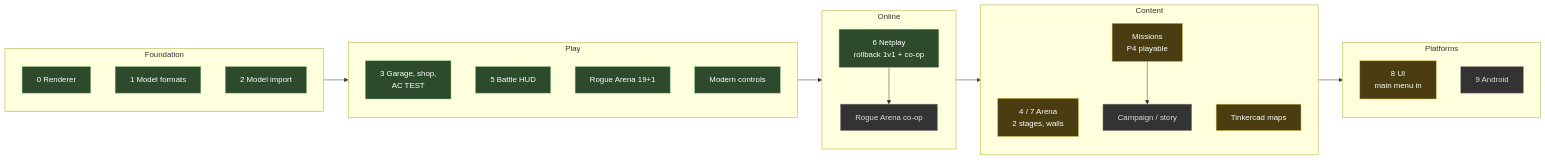
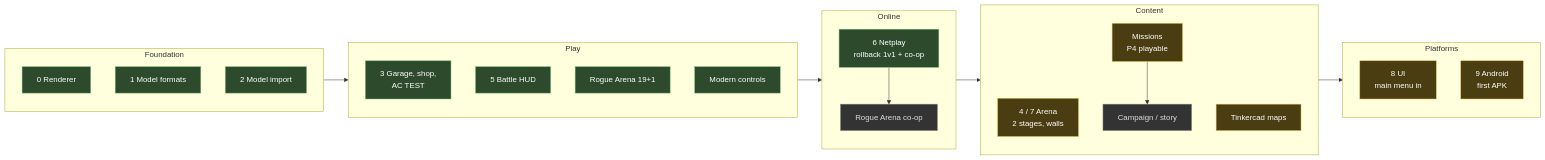
The diagram in docs/ROADMAP.md (Hatdagger/Armored-CoreR), drawn with Mermaid before and after one commit. The commit also changed other lines of this file and 15 other files, not shown here.

First line of the commit message:
Android build: GLES renderer, disc picker, APK from GitHub Actions

````diff
--- a/docs/ROADMAP.md
+++ b/docs/ROADMAP.md
@@ -12,36 +12,36 @@
 ```mermaid
 flowchart LR
     subgraph Foundation
         R0["0 Renderer"]:::done
         R1["1 Model formats"]:::done
         R2["2 Model import"]:::done
     end
     subgraph Play
         R3["3 Garage, shop,<br/>AC TEST"]:::done
         R5["5 Battle HUD"]:::done
         RA["Rogue Arena 19+1"]:::done
         MC["Modern controls"]:::done
     end
     subgraph Online
         R6["6 Netplay<br/>rollback 1v1 + co-op"]:::done
         CO["Rogue Arena co-op"]:::todo
     end
     subgraph Content
         R4["4 / 7 Arena<br/>2 stages, walls"]:::doing
         MS["Missions<br/>P4 playable"]:::doing
         TM["Tinkercad maps"]:::doing
         ST["Campaign / story"]:::todo
     end
     subgraph Platforms
         R8["8 UI<br/>main menu in"]:::doing
-        R9["9 Android"]:::todo
+        R9["9 Android<br/>first APK"]:::doing
     end
 
     Foundation --> Play --> Online --> Content --> Platforms
     R6 --> CO
     MS --> ST
 
     classDef done fill:#2d4a2d,stroke:#7fbf7f,color:#fff
     classDef doing fill:#4a3d12,stroke:#e0c050,color:#fff
     classDef todo fill:#333,stroke:#888,color:#ddd
 ```
````
